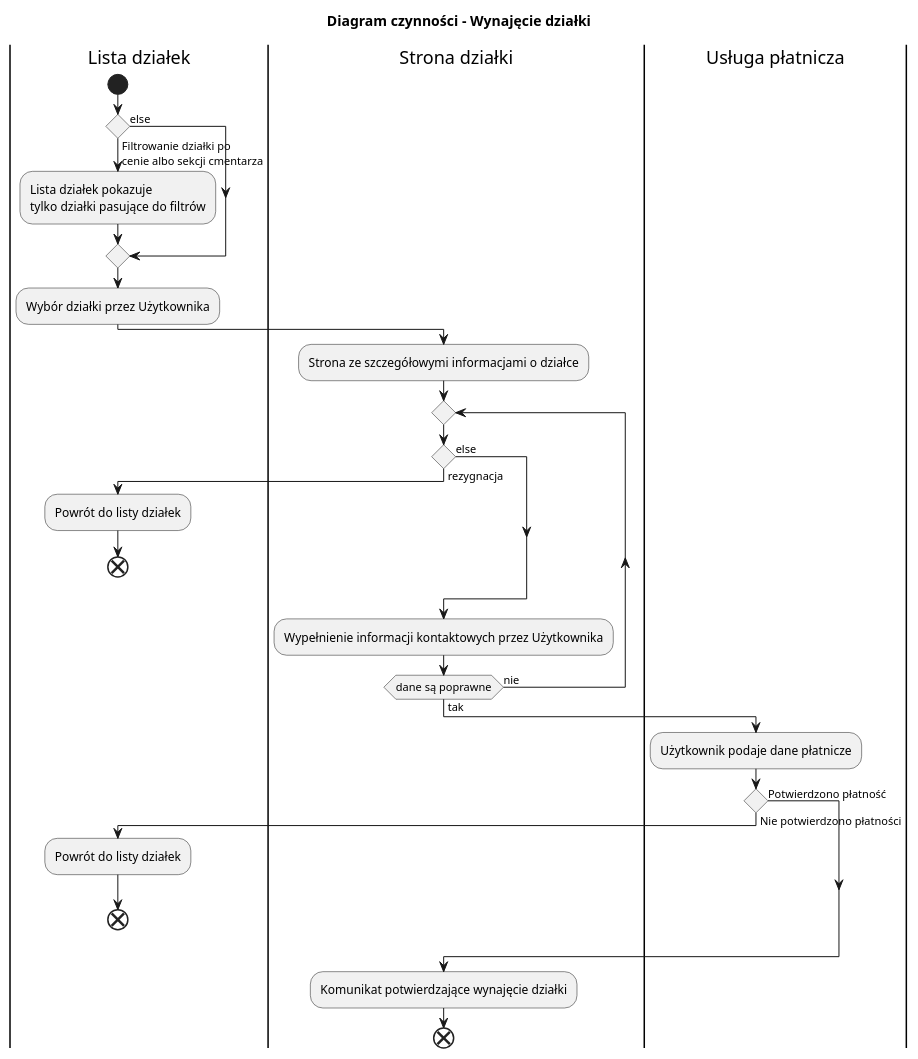
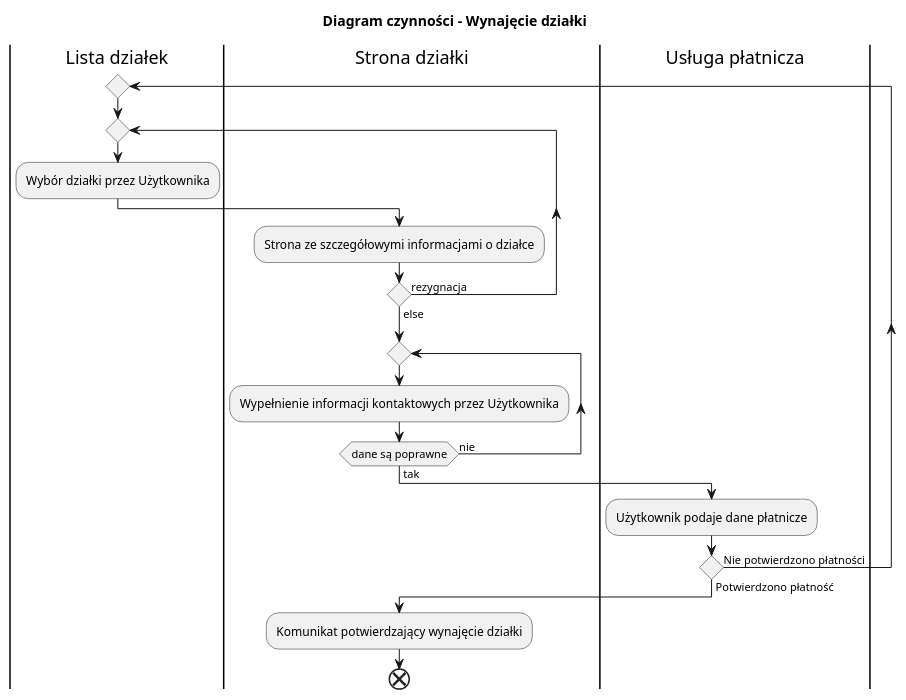
One commit to KStefanowicz04/ProjektIO changed the diagram in diagram_czynnosci3_KS.plantuml. Above: the diagram before and after it, drawn with PlantUML. The commit also changed 1 other file, not shown here.

Commit message:
Poprawiono diagram czynności 3

```diff
--- a/diagram_czynnosci3_KS.plantuml
+++ b/diagram_czynnosci3_KS.plantuml
@@ -1,44 +1,27 @@
 @startuml diagram-czynnosci-wynajecia-dzialki
 title Diagram czynności - Wynajęcie działki
 
 |Lista działek|
-start
-if () then (Filtrowanie działki po
-cenie albo sekcji cmentarza)
-    :Lista działek pokazuje
-    tylko działki pasujące do filtrów;
-else (else)
-endif
+repeat
+    repeat
+        :Wybór działki przez Użytkownika;
 
-:Wybór działki przez Użytkownika;
+        |Strona działki|
+        :Strona ze szczegółowymi informacjami o działce;
+
+    repeat while () is (rezygnacja) not (else)
+
+    repeat
+
+        :Wypełnienie informacji kontaktowych przez Użytkownika;
+    repeat while (dane są poprawne) is (nie) not (tak)
+
+    |Usługa płatnicza|
+    :Użytkownik podaje dane płatnicze;
+repeat while () is (Nie potwierdzono płatności) not (Potwierdzono płatność)
 
 |Strona działki|
-:Strona ze szczegółowymi informacjami o działce;
-
-repeat
-    if () then (rezygnacja)
-        |Lista działek|
-        :Powrót do listy działek;
-        end
-    |Strona działki|
-    else (else)
-    endif
-
-    :Wypełnienie informacji kontaktowych przez Użytkownika;
-repeat while (dane są poprawne) is (nie) not (tak)
-
-|Usługa płatnicza|
-:Użytkownik podaje dane płatnicze;
-
-if () then (Nie potwierdzono płatności)
-    |Lista działek|
-    :Powrót do listy działek;
-    end
-|Strona działki|
-else (Potwierdzono płatność)
-endif
-
-:Komunikat potwierdzające wynajęcie działki;
+:Komunikat potwierdzający wynajęcie działki;
 end
 
 @enduml
```
